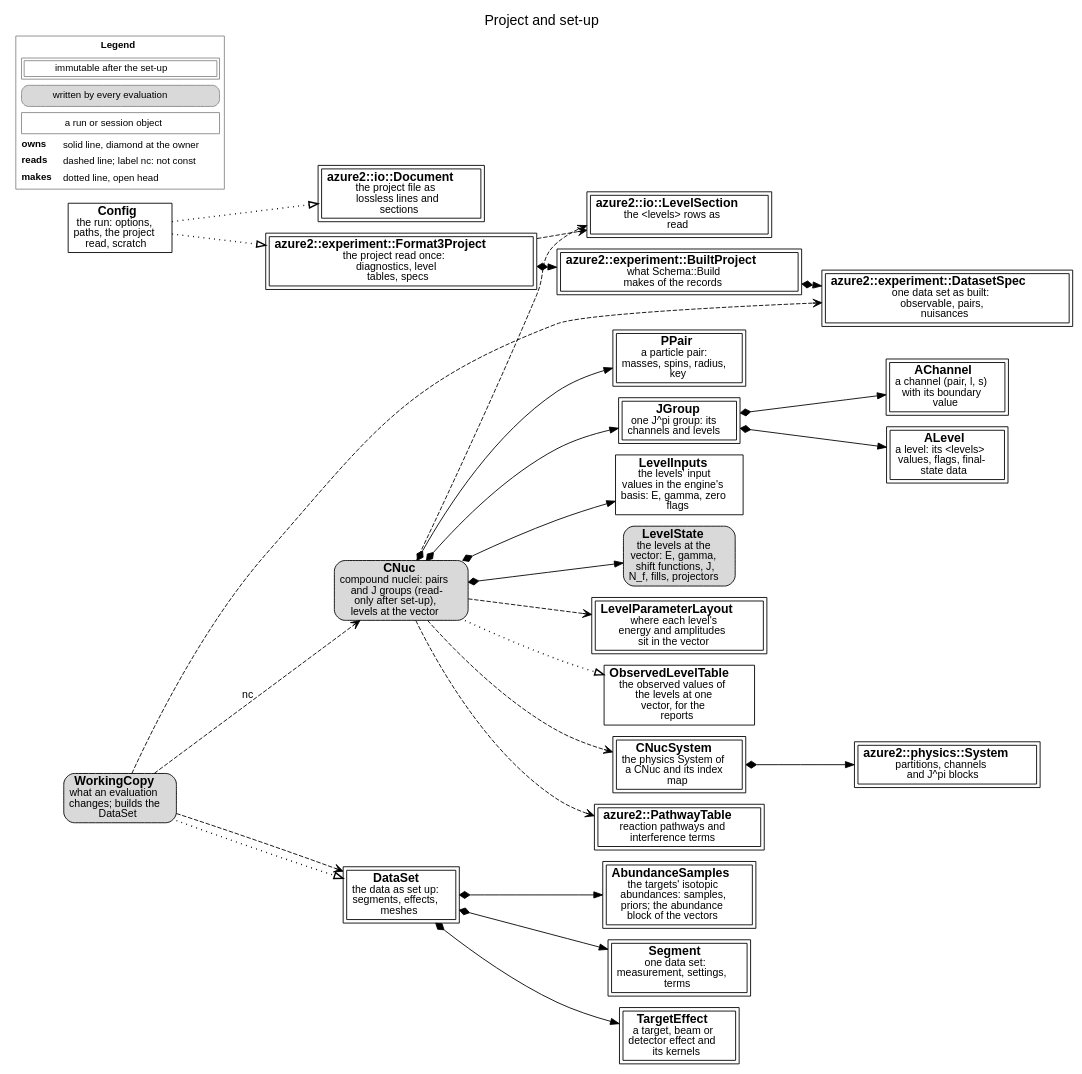
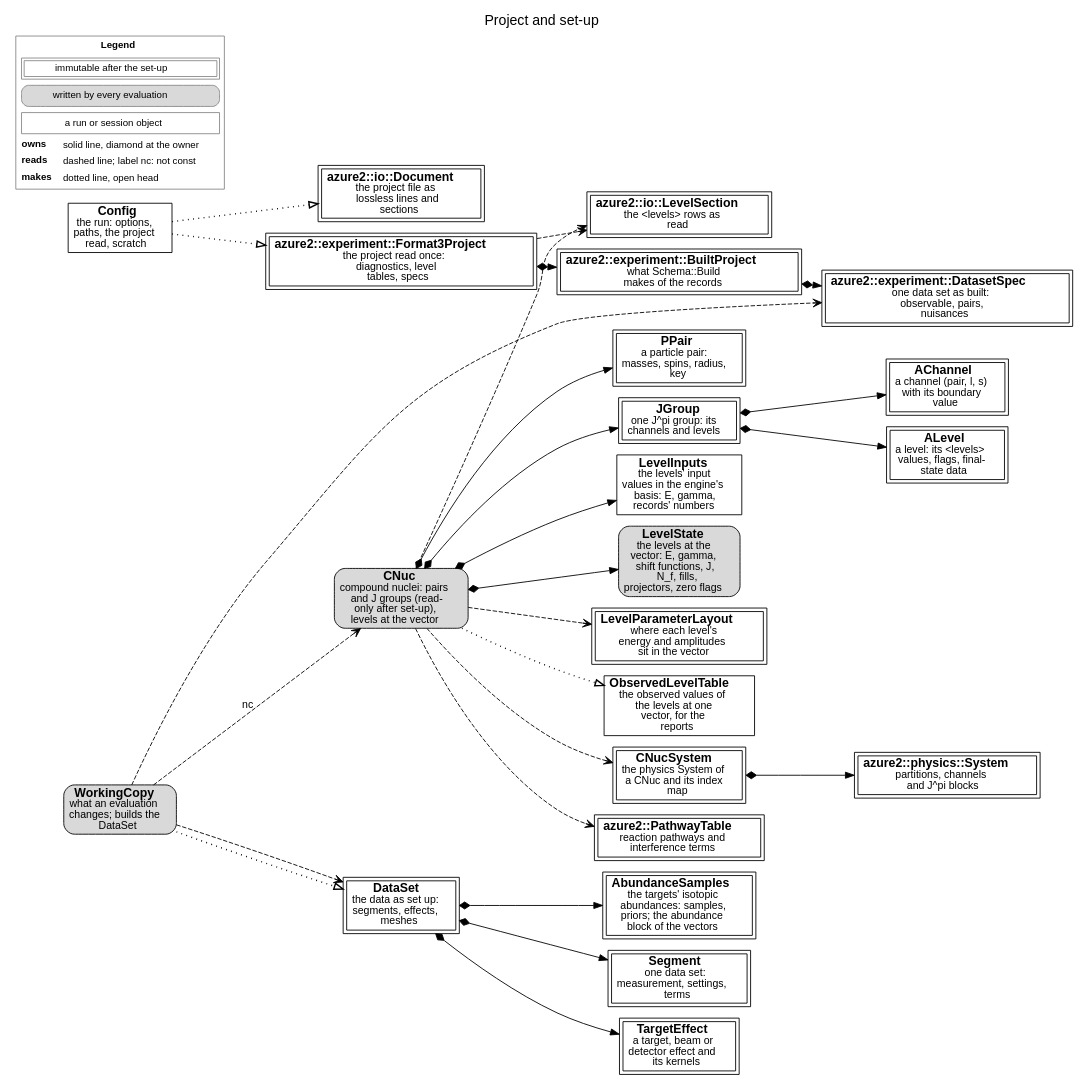
The diagram in docs/source/developer/figures/setup.dot (AZURE2DEV/AZURE2), drawn with Graphviz before and after one commit. The commit also changed 9 other files, not shown here.

```diff
--- a/docs/source/developer/figures/setup.dot
+++ b/docs/source/developer/figures/setup.dot
@@ -1,53 +1,53 @@
 digraph setup {
   graph [rankdir=LR, fontname="Helvetica", fontsize=16, labelloc=t, label="Project and set-up", nodesep=0.18, ranksep=0.3, newrank=true];
   node [fontname="Helvetica", fontsize=14, margin="0.08,0.04"];
   edge [fontname="Helvetica", fontsize=12];
   n_azure2__io__Document [label=<<b>azure2::io::Document</b><br/><font point-size="12">the project file as<br/>lossless lines and<br/>sections</font>>, shape=box, peripheries=2, style="filled", fillcolor="white"];
   n_azure2__io__LevelSection [label=<<b>azure2::io::LevelSection</b><br/><font point-size="12">the &lt;levels&gt; rows as<br/>read</font>>, shape=box, peripheries=2, style="filled", fillcolor="white"];
   n_azure2__experiment__Format3Project [label=<<b>azure2::experiment::Format3Project</b><br/><font point-size="12">the project read once:<br/>diagnostics, level<br/>tables, specs</font>>, shape=box, peripheries=2, style="filled", fillcolor="white"];
   n_azure2__experiment__BuiltProject [label=<<b>azure2::experiment::BuiltProject</b><br/><font point-size="12">what Schema::Build<br/>makes of the records</font>>, shape=box, peripheries=2, style="filled", fillcolor="white"];
   n_azure2__experiment__DatasetSpec [label=<<b>azure2::experiment::DatasetSpec</b><br/><font point-size="12">one data set as built:<br/>observable, pairs,<br/>nuisances</font>>, shape=box, peripheries=2, style="filled", fillcolor="white"];
   n_Config [label=<<b>Config</b><br/><font point-size="12">the run: options,<br/>paths, the project<br/>read, scratch</font>>, shape=box, style="filled", fillcolor="white"];
   n_CNuc [label=<<b>CNuc</b><br/><font point-size="12">compound nuclei: pairs<br/>and J groups (read-<br/>only after set-up),<br/>levels at the vector</font>>, shape=box, style="rounded,filled", fillcolor="#d9d9d9"];
   n_PPair [label=<<b>PPair</b><br/><font point-size="12">a particle pair:<br/>masses, spins, radius,<br/>key</font>>, shape=box, peripheries=2, style="filled", fillcolor="white"];
   n_JGroup [label=<<b>JGroup</b><br/><font point-size="12">one J^pi group: its<br/>channels and levels</font>>, shape=box, peripheries=2, style="filled", fillcolor="white"];
   n_AChannel [label=<<b>AChannel</b><br/><font point-size="12">a channel (pair, l, s)<br/>with its boundary<br/>value</font>>, shape=box, peripheries=2, style="filled", fillcolor="white"];
   n_ALevel [label=<<b>ALevel</b><br/><font point-size="12">a level: its &lt;levels&gt;<br/>values, flags, final-<br/>state data</font>>, shape=box, peripheries=2, style="filled", fillcolor="white"];
-  n_LevelInputs [label=<<b>LevelInputs</b><br/><font point-size="12">the levels&#x27; input<br/>values in the engine&#x27;s<br/>basis: E, gamma, zero<br/>flags</font>>, shape=box, style="filled", fillcolor="white"];
-  n_LevelState [label=<<b>LevelState</b><br/><font point-size="12">the levels at the<br/>vector: E, gamma,<br/>shift functions, J,<br/>N_f, fills, projectors</font>>, shape=box, style="rounded,filled", fillcolor="#d9d9d9"];
+  n_LevelInputs [label=<<b>LevelInputs</b><br/><font point-size="12">the levels&#x27; input<br/>values in the engine&#x27;s<br/>basis: E, gamma,<br/>records&#x27; numbers</font>>, shape=box, style="filled", fillcolor="white"];
+  n_LevelState [label=<<b>LevelState</b><br/><font point-size="12">the levels at the<br/>vector: E, gamma,<br/>shift functions, J,<br/>N_f, fills,<br/>projectors, zero flags</font>>, shape=box, style="rounded,filled", fillcolor="#d9d9d9"];
   n_LevelParameterLayout [label=<<b>LevelParameterLayout</b><br/><font point-size="12">where each level&#x27;s<br/>energy and amplitudes<br/>sit in the vector</font>>, shape=box, peripheries=2, style="filled", fillcolor="white"];
   n_ObservedLevelTable [label=<<b>ObservedLevelTable</b><br/><font point-size="12">the observed values of<br/>the levels at one<br/>vector, for the<br/>reports</font>>, shape=box, style="filled", fillcolor="white"];
   n_CNucSystem [label=<<b>CNucSystem</b><br/><font point-size="12">the physics System of<br/>a CNuc and its index<br/>map</font>>, shape=box, peripheries=2, style="filled", fillcolor="white"];
   n_azure2__physics__System [label=<<b>azure2::physics::System</b><br/><font point-size="12">partitions, channels<br/>and J^pi blocks</font>>, shape=box, peripheries=2, style="filled", fillcolor="white"];
   n_azure2__PathwayTable [label=<<b>azure2::PathwayTable</b><br/><font point-size="12">reaction pathways and<br/>interference terms</font>>, shape=box, peripheries=2, style="filled", fillcolor="white"];
   n_DataSet [label=<<b>DataSet</b><br/><font point-size="12">the data as set up:<br/>segments, effects,<br/>meshes</font>>, shape=box, peripheries=2, style="filled", fillcolor="white"];
   n_AbundanceSamples [label=<<b>AbundanceSamples</b><br/><font point-size="12">the targets&#x27; isotopic<br/>abundances: samples,<br/>priors; the abundance<br/>block of the vectors</font>>, shape=box, peripheries=2, style="filled", fillcolor="white"];
   n_Segment [label=<<b>Segment</b><br/><font point-size="12">one data set:<br/>measurement, settings,<br/>terms</font>>, shape=box, peripheries=2, style="filled", fillcolor="white"];
   n_TargetEffect [label=<<b>TargetEffect</b><br/><font point-size="12">a target, beam or<br/>detector effect and<br/>its kernels</font>>, shape=box, peripheries=2, style="filled", fillcolor="white"];
   n_WorkingCopy [label=<<b>WorkingCopy</b><br/><font point-size="12">what an evaluation<br/>changes; builds the<br/>DataSet</font>>, shape=box, style="rounded,filled", fillcolor="#d9d9d9"];
   n_Config -> n_azure2__io__Document [style=dotted, penwidth=1.6, arrowhead=empty];
   n_Config -> n_azure2__experiment__Format3Project [style=dotted, penwidth=1.6, arrowhead=empty];
   n_azure2__experiment__Format3Project -> n_azure2__io__LevelSection [style=dashed, arrowhead=vee];
   n_azure2__experiment__Format3Project -> n_azure2__experiment__BuiltProject [style=solid, dir=both, arrowtail=diamond, arrowhead=normal];
   n_azure2__experiment__BuiltProject -> n_azure2__experiment__DatasetSpec [style=solid, dir=both, arrowtail=diamond, arrowhead=normal];
   n_CNuc -> n_azure2__io__LevelSection [style=dashed, arrowhead=vee];
   n_CNuc -> n_PPair [style=solid, dir=both, arrowtail=diamond, arrowhead=normal];
   n_CNuc -> n_JGroup [style=solid, dir=both, arrowtail=diamond, arrowhead=normal];
   n_JGroup -> n_AChannel [style=solid, dir=both, arrowtail=diamond, arrowhead=normal];
   n_JGroup -> n_ALevel [style=solid, dir=both, arrowtail=diamond, arrowhead=normal];
   n_CNuc -> n_LevelState [style=solid, dir=both, arrowtail=diamond, arrowhead=normal];
   n_CNuc -> n_LevelInputs [style=solid, dir=both, arrowtail=diamond, arrowhead=normal];
   n_CNuc -> n_LevelParameterLayout [style=dashed, arrowhead=vee];
   n_CNuc -> n_ObservedLevelTable [style=dotted, penwidth=1.6, arrowhead=empty];
   n_CNuc -> n_CNucSystem [style=dashed, arrowhead=vee];
   n_CNucSystem -> n_azure2__physics__System [style=solid, dir=both, arrowtail=diamond, arrowhead=normal];
   n_CNuc -> n_azure2__PathwayTable [style=dashed, arrowhead=vee];
   n_WorkingCopy -> n_azure2__experiment__DatasetSpec [style=dashed, arrowhead=vee];
   n_WorkingCopy -> n_CNuc [style=dashed, arrowhead=vee, label=" nc"];
   n_WorkingCopy -> n_DataSet [style=dotted, penwidth=1.6, arrowhead=empty];
   n_WorkingCopy -> n_DataSet [style=dashed, arrowhead=vee];
   n_DataSet -> n_Segment [style=solid, dir=both, arrowtail=diamond, arrowhead=normal];
   n_DataSet -> n_TargetEffect [style=solid, dir=both, arrowtail=diamond, arrowhead=normal];
   n_DataSet -> n_AbundanceSamples [style=solid, dir=both, arrowtail=diamond, arrowhead=normal];
   legend [shape=plaintext, fontsize=11, label=<<TABLE BORDER="1" CELLBORDER="0" CELLSPACING="3" COLOR="#888888"><TR><TD COLSPAN="2"><B>Legend</B></TD></TR><TR><TD COLSPAN="2"><TABLE BORDER="1" CELLBORDER="1" CELLSPACING="2" CELLPADDING="2"><TR><TD>immutable after the set-up</TD></TR></TABLE></TD></TR><TR><TD COLSPAN="2"><TABLE BORDER="1" CELLBORDER="0" CELLPADDING="3" STYLE="rounded" BGCOLOR="#d9d9d9"><TR><TD>written by every evaluation</TD></TR></TABLE></TD></TR><TR><TD COLSPAN="2"><TABLE BORDER="1" CELLBORDER="0" CELLPADDING="3" ><TR><TD>a run or session object</TD></TR></TABLE></TD></TR><TR><TD ALIGN="LEFT"><B>owns</B></TD><TD ALIGN="LEFT">solid line, diamond at the owner</TD></TR><TR><TD ALIGN="LEFT"><B>reads</B></TD><TD ALIGN="LEFT">dashed line; label nc: not const</TD></TR><TR><TD ALIGN="LEFT"><B>makes</B></TD><TD ALIGN="LEFT">dotted line, open head</TD></TR></TABLE>>];
 }
```
